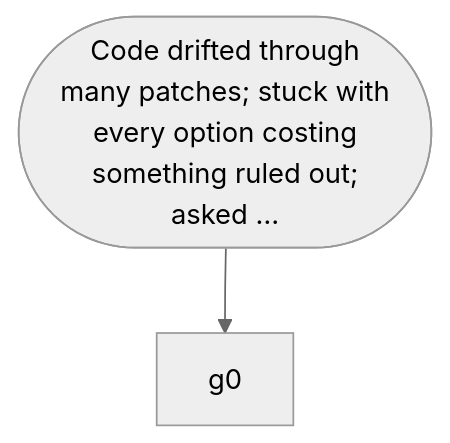
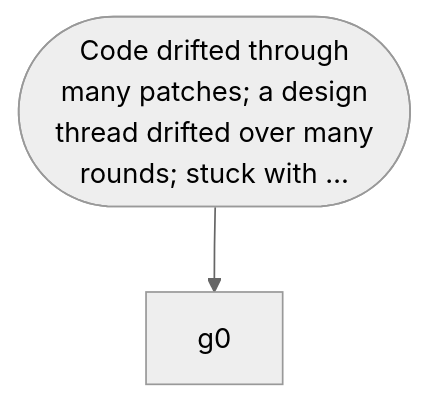
One commit to nitedani/mergeworthy changed diagram 13 of 16 in docs/graphs.md. Above: the diagram before and after it, drawn with Mermaid (neutral theme). The commit also changed other lines of this file and 4 other files, not shown here.

Commit message:
finality: a design thread drifted over many rounds triggers it; the reply restates the invariants for confirmation

````diff
--- a/docs/graphs.md
+++ b/docs/graphs.md
@@ -353,5 +354,5 @@
 ```mermaid
 flowchart TB
-  start(["Code drifted through<br/>many patches; stuck with<br/>every option costing<br/>something ruled out;<br/>asked …"])
+  start(["Code drifted through<br/>many patches; a design<br/>thread drifted over many<br/>rounds; stuck with …"])
   start --> g0
 ```
````
